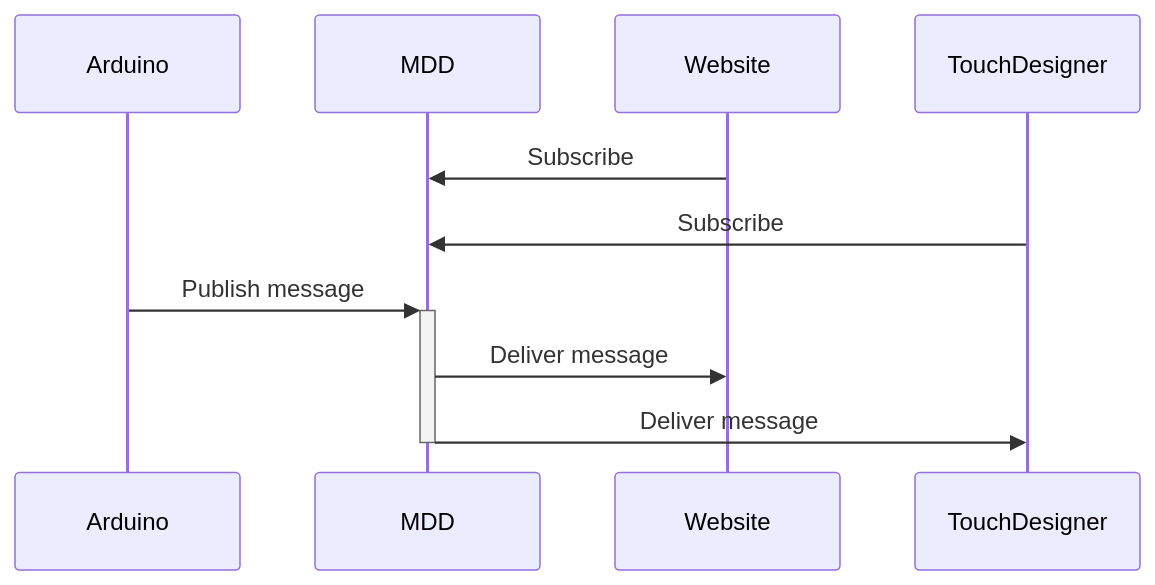
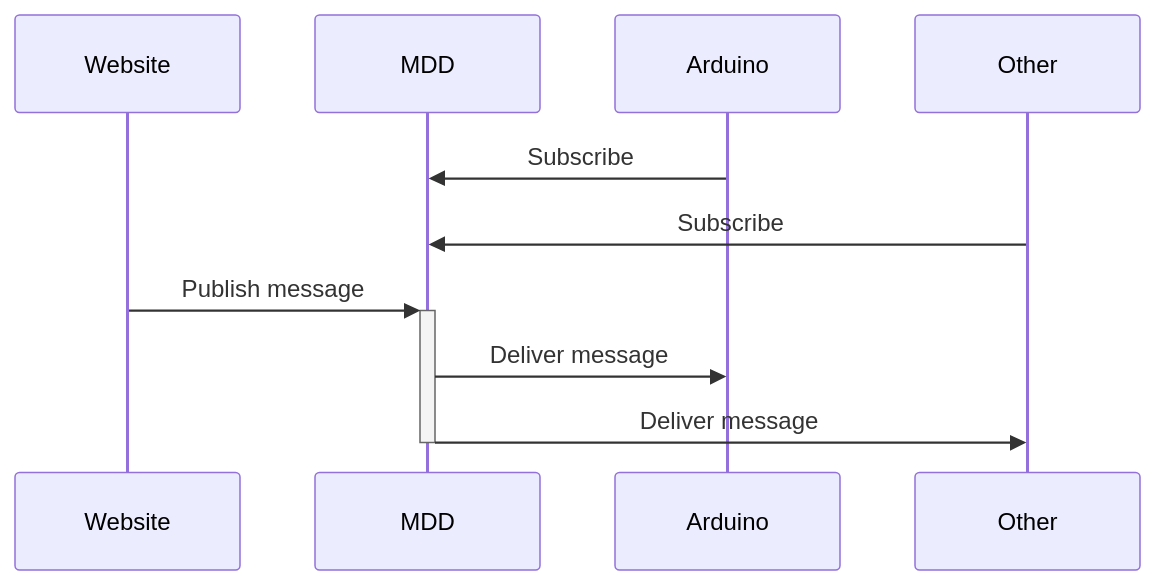
The second of 2 diagrams in slides.md (xiduzo/presentation-mqtt), drawn with Mermaid before and after one commit. The commit also changed other lines of this file and 4 other files, not shown here.

````diff
--- a/slides.md
+++ b/slides.md
@@ -155,13 +155,13 @@
 ```mermaid
 sequenceDiagram
+  participant Website
+  participant MDD
   participant Arduino
-  participant MDD
-  participant Website
-  participant TouchDesigner
+  participant Other
 
-  Website->>MDD: Subscribe
-  TouchDesigner->>MDD: Subscribe
-  Arduino->>+MDD: Publish message
-  MDD->>Website: Deliver message
-  MDD->>-TouchDesigner: Deliver message
+  Arduino->>MDD: Subscribe
+  Other->>MDD: Subscribe
+  Website->>+MDD: Publish message
+  MDD->>Arduino: Deliver message
+  MDD->>-Other: Deliver message
 ```
````
